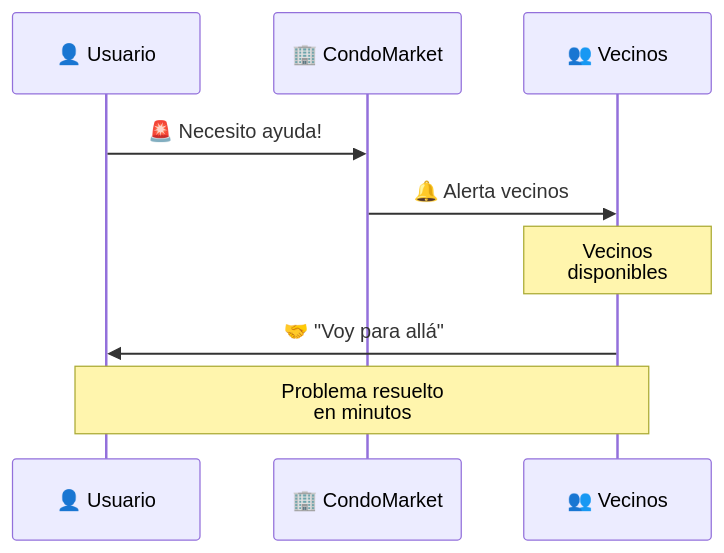
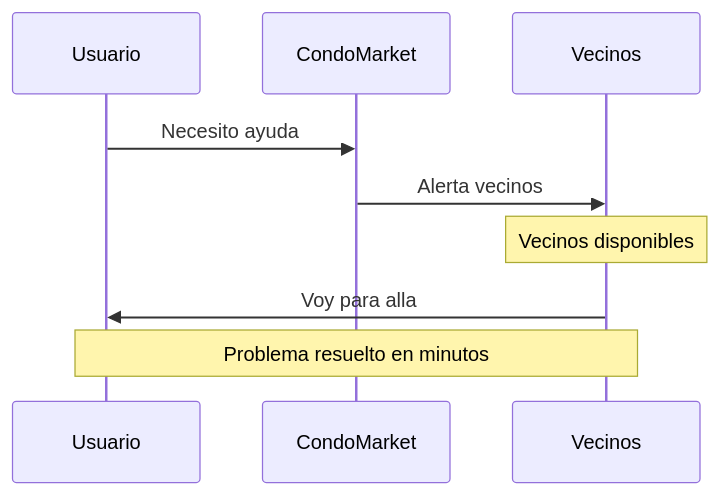
One commit to softv2ware/condomarket.api changed diagram 19 of 25 in app.spanish.md. Above: the diagram before and after it, drawn with Mermaid. The commit also changed other lines of this file, not shown here.

````diff
--- a/app.spanish.md
+++ b/app.spanish.md
@@ -904,12 +917,12 @@
 ```mermaid
 sequenceDiagram
-    participant U as 👤 Usuario
-    participant CM as 🏢 CondoMarket
-    participant V as 👥 Vecinos
+    participant U as Usuario
+    participant CM as CondoMarket
+    participant V as Vecinos
     
-    U->>CM: 🚨 Necesito ayuda!
-    CM->>V: 🔔 Alerta vecinos
-    Note over V: Vecinos<br/>disponibles
-    V->>U: 🤝 "Voy para allá"
-    Note over U,V: Problema resuelto<br/>en minutos
+    U->>CM: Necesito ayuda
+    CM->>V: Alerta vecinos
+    Note over V: Vecinos disponibles
+    V->>U: Voy para alla
+    Note over U,V: Problema resuelto en minutos
 ```
````
